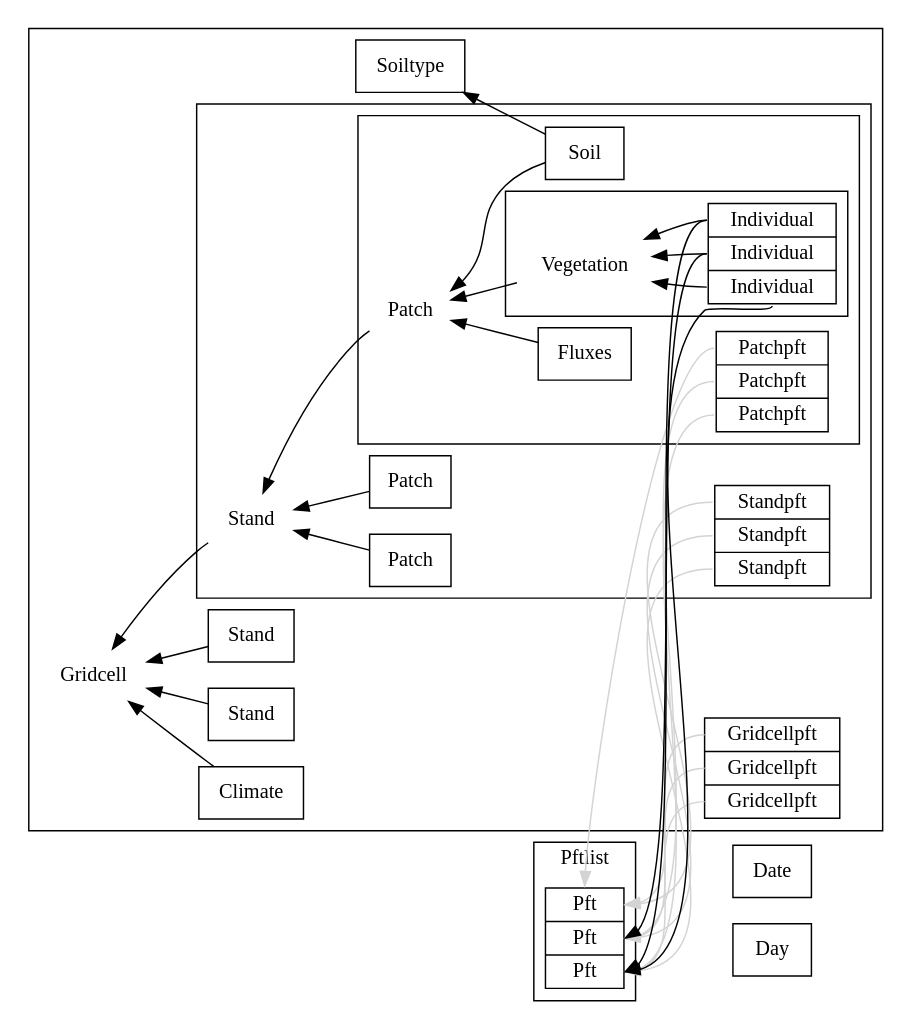
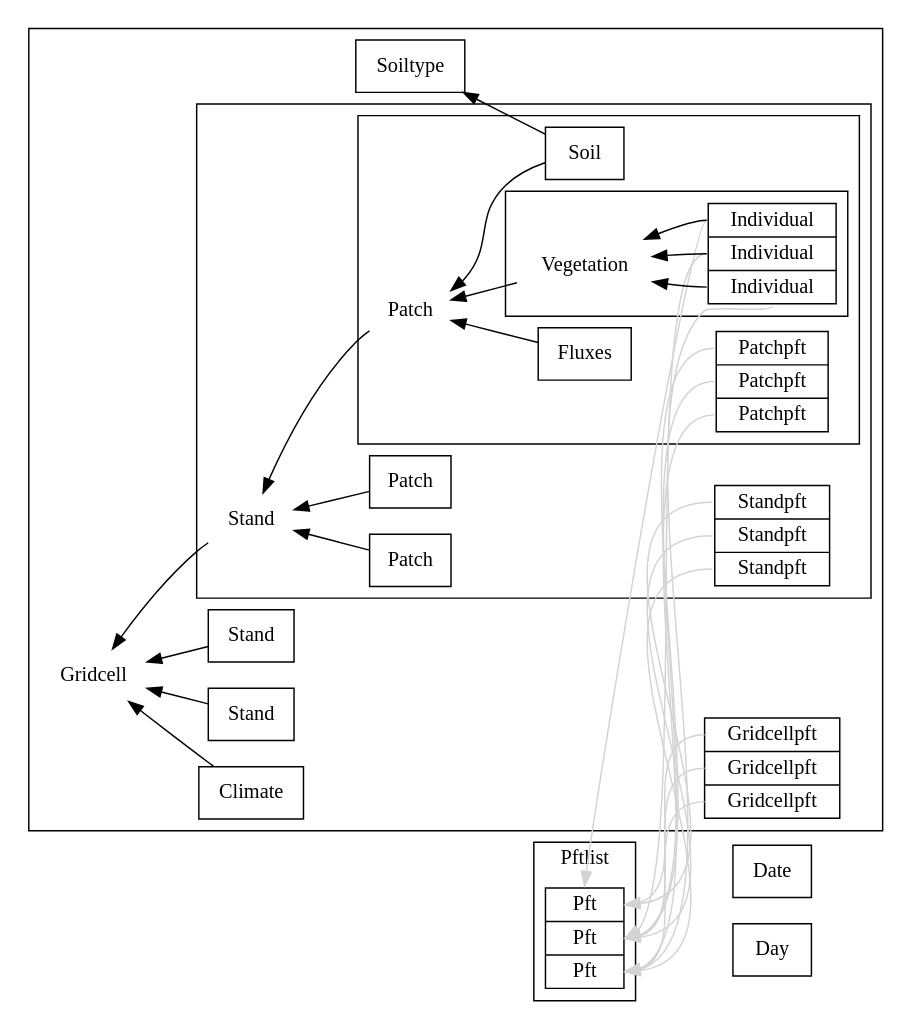
One commit to mateusdp/LPJ-GUESS-NTD changed the diagram in reference/figures/classes.dot. Above: the diagram before and after it, drawn with Graphviz. The commit also changed 11 other files, not shown here.

```diff
--- a/reference/figures/classes.dot
+++ b/reference/figures/classes.dot
@@ -1,60 +1,68 @@
 digraph G {
 	rankdir = RL
 	node[shape=box];
 
 	Day Date
 
 	subgraph cluster_pftlist {
 		label = Pftlist
 		Pftlist [shape=record, label="<f0>Pft | <f1> Pft | <f2> Pft"]
 	}
+	#subgraph cluster_STlist {
+	#	label = STlist
+	#	STlist [shape=record, label="<f0>StandType | <f1> StandType | <f2> StandType"]
+	#}
 	subgraph cluster_gridcell {
 
 		Gridcell [shape=plaintext];
 		Soil -> Soiltype
 		Climate -> Gridcell;
 		Stand2 [label="Stand"];
 		Stand3 [label="Stand"];
 		Stand2 -> Gridcell;
 		Stand3 -> Gridcell;
 
 		Gridcellpft [shape=record, label="<f0>Gridcellpft | <f1> Gridcellpft | <f2> Gridcellpft"]
+		#Gridcellst [shape=record, label="<f0>Gridcellst | <f1> Gridcellst | <f2> Gridcellst"]
+		
 		Stand -> Gridcell;
 		subgraph cluster_stand {
 			Stand [shape=plaintext];
 			Standpft [shape=record, label="<f0>Standpft | <f1> Standpft | <f2> Standpft"]
 			Patch1 [label="Patch"]
 			Patch3 [label="Patch"]
 			Patch1 -> Stand;
 			Patch3 -> Stand;
 			Patch2 -> Stand;
 			subgraph cluster_patch {
 				Patch2 [shape=plaintext, label="Patch"]
 				Patchpft [shape=record, label="<f0>Patchpft | <f1> Patchpft | <f2> Patchpft"]
 				Fluxes ->  Patch2
 				Soil ->  Patch2
 				Vegetation -> Patch2
 				subgraph cluster_vegetation {
 					Vegetation [shape=plaintext];
 					Indivs [shape=record, label="<f0>Individual | <f1> Individual | <f2> Individual"]
 					Indivs:f0 -> Vegetation
 					Indivs:f1 -> Vegetation
 					Indivs:f2 -> Vegetation
 				}
 			}
 		}
-
 	}
-	Indivs:f0 -> Pftlist:f2
-	Indivs:f1 -> Pftlist:f1
-	Indivs:f2 -> Pftlist:f2
-	Patchpft:f0 -> Pftlist:f0 [color=lightgray];
+	Indivs:f0 -> Pftlist:f0 [color=lightgray];
+	Indivs:f1 -> Pftlist:f1 [color=lightgray];
+	Indivs:f2 -> Pftlist:f2 [color=lightgray];
+	Patchpft:f0 -> Pftlist:f1 [color=lightgray];
 	Patchpft:f1 -> Pftlist:f1 [color=lightgray];
 	Patchpft:f2 -> Pftlist:f2 [color=lightgray];
 	Standpft:f0 -> Pftlist:f0 [color=lightgray];
 	Standpft:f1 -> Pftlist:f1 [color=lightgray];
 	Standpft:f2 -> Pftlist:f2 [color=lightgray];
 	Gridcellpft:f0 -> Pftlist:f0 [color=lightgray];
 	Gridcellpft:f1 -> Pftlist:f1 [color=lightgray];
 	Gridcellpft:f2 -> Pftlist:f2 [color=lightgray];
+	#Gridcellst:f0 -> STlist:f0 [color=lightgray];
+	#Gridcellst:f1 -> STlist:f1 [color=lightgray];
+	#Gridcellst:f2 -> STlist:f2 [color=lightgray];
 }
```
